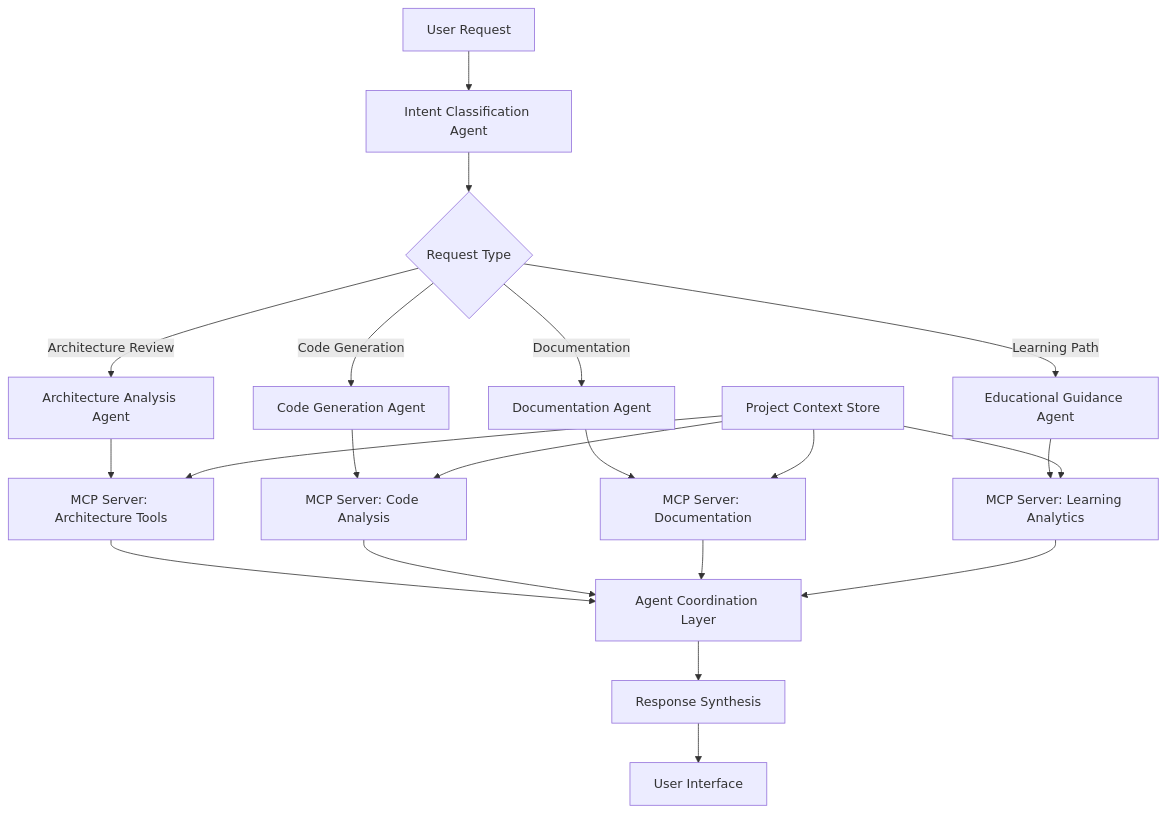
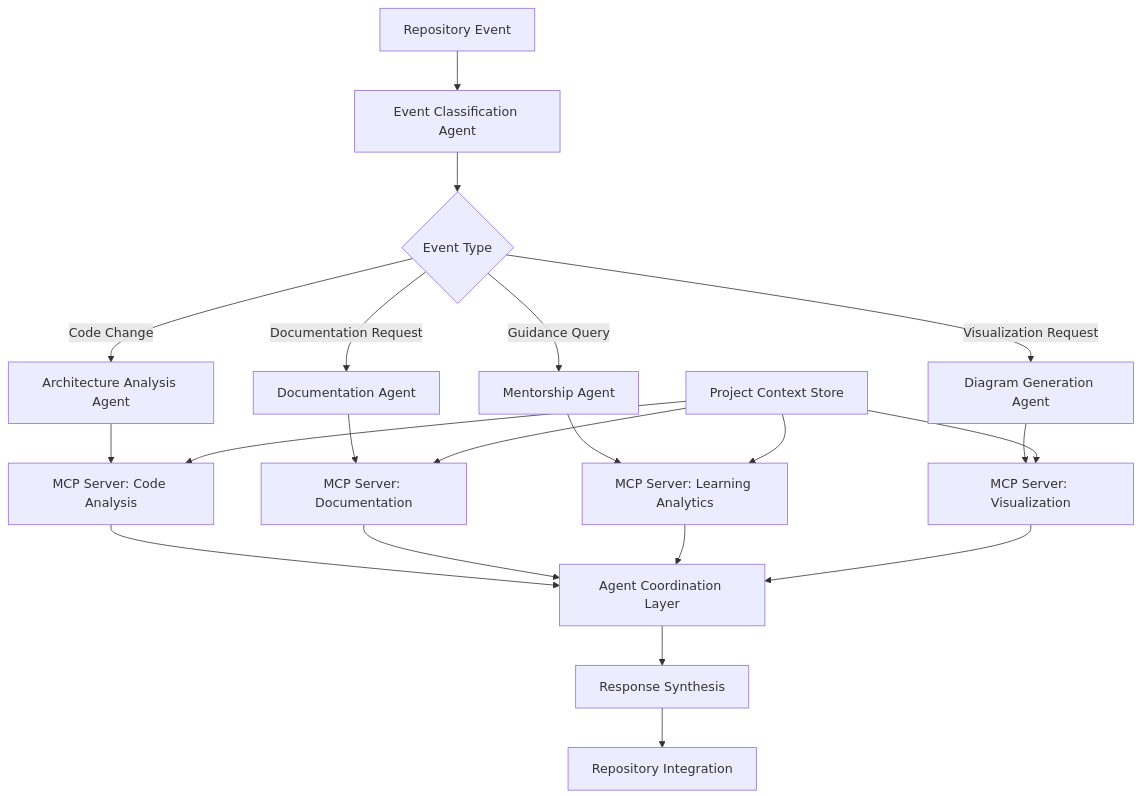
Before and after one commit to ZayK1/Atelier: the second of 3 diagrams in New Developer Docs/Guide.md, drawn with Mermaid. The commit also changed other lines of this file and 2 other files, not shown here.

Commit message:
Revise and enhance the Atelier documentation, consolidating the MVP plan and feature set into a streamlined format. This update emphasizes the platform's educational approach, user engagement metrics, and development roadmap, while removing outdated content to reflect the current project direction.

````diff
--- a/New Developer Docs/Guide.md
+++ b/New Developer Docs/Guide.md
@@ -558,28 +228,28 @@
 ```mermaid
 graph TD
-    A[User Request] --> B[Intent Classification Agent]
-    B --> C{Request Type}
+    A[Repository Event] --> B[Event Classification Agent]
+    B --> C{Event Type}
     
-    C -->|Architecture Review| D[Architecture Analysis Agent]
-    C -->|Code Generation| E[Code Generation Agent]
-    C -->|Documentation| F[Documentation Agent]
-    C -->|Learning Path| G[Educational Guidance Agent]
+    C -->|Code Change| D[Architecture Analysis Agent]
+    C -->|Documentation Request| F[Documentation Agent]
+    C -->|Guidance Query| G[Mentorship Agent]
+    C -->|Visualization Request| H[Diagram Generation Agent]
     
-    D --> H[MCP Server: Architecture Tools]
-    E --> I[MCP Server: Code Analysis]
+    D --> I[MCP Server: Code Analysis]
     F --> J[MCP Server: Documentation]
     G --> K[MCP Server: Learning Analytics]
+    H --> L[MCP Server: Visualization]
     
-    H --> L[Agent Coordination Layer]
-    I --> L
-    J --> L
-    K --> L
+    I --> M[Agent Coordination Layer]
+    J --> M
+    K --> M
+    L --> M
     
-    L --> M[Response Synthesis]
-    M --> N[User Interface]
+    M --> N[Response Synthesis]
+    N --> O[Repository Integration]
     
-    O[Project Context Store] --> H
-    O --> I
-    O --> J
-    O --> K
+    P[Project Context Store] --> I
+    P --> J
+    P --> K
+    P --> L
 ```
````
